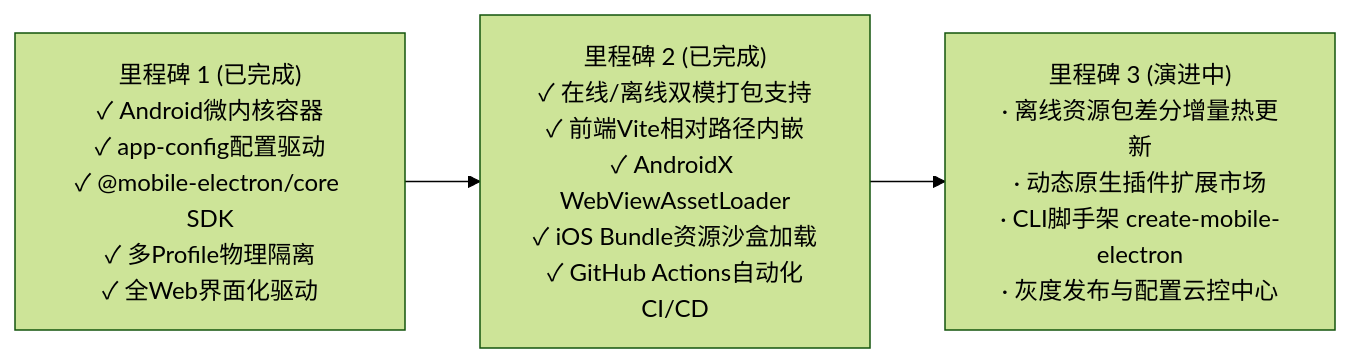
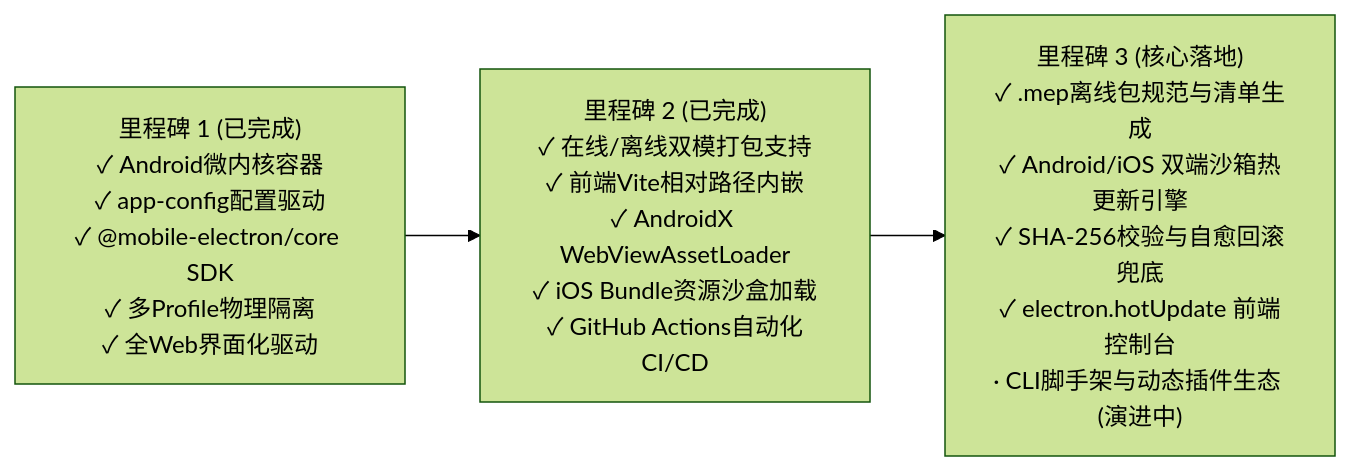
One commit to gplwzz1989/mobile-electron changed the diagram in docs/NEXT_PHASE_ROADMAP.md. Above: the diagram before and after it, drawn with Mermaid (forest theme). The commit also changed other lines of this file and 38 other files, not shown here.

Commit message:
feat: 实现离线资源包引擎与双端沙箱热更新体系 (HotUpdateManager, .mep 打包, SHA256校验与回滚兜底)

````diff
--- a/docs/NEXT_PHASE_ROADMAP.md
+++ b/docs/NEXT_PHASE_ROADMAP.md
@@ -10,10 +10,10 @@
 ```mermaid
 flowchart LR
     M1["里程碑 1 (已完成)<br/>✓ Android微内核容器<br/>✓ app-config配置驱动<br/>✓ @mobile-electron/core SDK<br/>✓ 多Profile物理隔离<br/>✓ 全Web界面化驱动"]
     
     M2["里程碑 2 (已完成)<br/>✓ 在线/离线双模打包支持<br/>✓ 前端Vite相对路径内嵌<br/>✓ AndroidX WebViewAssetLoader<br/>✓ iOS Bundle资源沙盒加载<br/>✓ GitHub Actions自动化CI/CD"]
 
-    M3["里程碑 3 (演进中)<br/>· 离线资源包差分增量热更新<br/>· 动态原生插件扩展市场<br/>· CLI脚手架 create-mobile-electron<br/>· 灰度发布与配置云控中心"]
+    M3["里程碑 3 (核心落地)<br/>✓ .mep离线包规范与清单生成<br/>✓ Android/iOS 双端沙箱热更新引擎<br/>✓ SHA-256校验与自愈回滚兜底<br/>✓ electron.hotUpdate 前端控制台<br/>· CLI脚手架与动态插件生态 (演进中)"]
 
     M1 --> M2 --> M3
 ```
````
